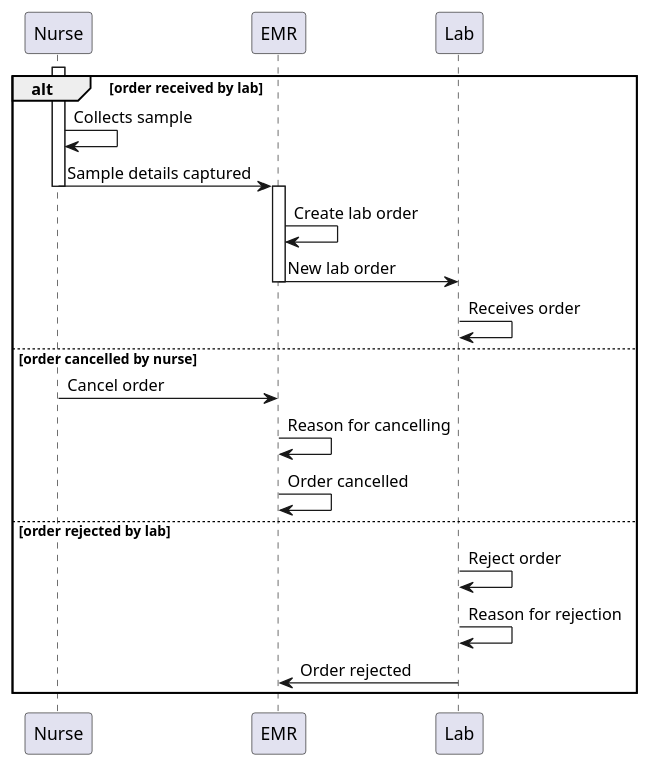
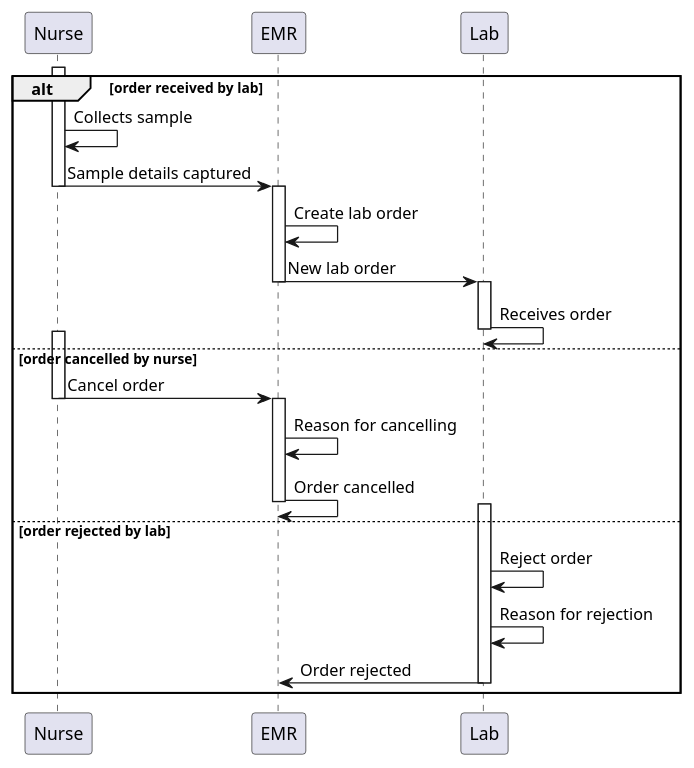
Before and after one commit to jembi/bw-laboratory-workflows-ig: the diagram in input/images-source/labOrder.plantuml, drawn with PlantUML. The commit also changed 1 other file, not shown here.

```diff
--- a/input/images-source/labOrder.plantuml
+++ b/input/images-source/labOrder.plantuml
@@ -1,27 +1,38 @@
 @startuml LabOrders
 
 alt order received by lab
 
     activate Nurse
     Nurse -> Nurse: Collects sample
     Nurse -> EMR: Sample details captured
     deactivate Nurse
 
     activate EMR
     EMR -> EMR: Create lab order
     EMR -> Lab: New lab order
     deactivate EMR
 
+    activate Lab
     Lab -> Lab: Receives order
+    deactivate Lab
 else order cancelled by nurse
+
+    activate Nurse
     Nurse -> EMR: Cancel order
+    deactivate Nurse
+    
+    activate EMR
     EMR -> EMR: Reason for cancelling
     EMR -> EMR: Order cancelled
+    deactivate EMR
 
 else order rejected by lab
+
+    activate Lab
     Lab -> Lab: Reject order
     Lab -> Lab: Reason for rejection
     Lab -> EMR: Order rejected
+    deactivate Lab
 end
 
 @enduml
```
